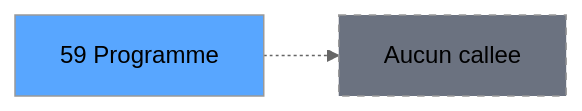
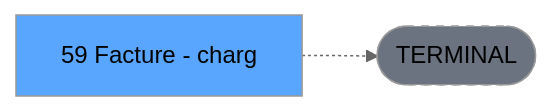
The third of 3 diagrams in .openspec/specs/ADH-IDE-59.md (thonyAGP/lecteur-magic), drawn with Mermaid (neutral theme) before and after one commit. The commit also changed other lines of this file and 701 other files, not shown here.

````diff
--- a/.openspec/specs/ADH-IDE-59.md
+++ b/.openspec/specs/ADH-IDE-59.md
@@ -157,8 +135,8 @@
 ```mermaid
 graph LR
-    T[59 Programme]
-    NONE[Aucun callee]
-    T -.-> NONE
+    T[59 Facture - charg]
+    TERM([TERMINAL])
+    T -.-> TERM
+    style TERM fill:#6b7280,stroke-dasharray: 5 5
     style T fill:#58a6ff,color:#000
-    style NONE fill:#6b7280,stroke-dasharray: 5 5
 ```
````
